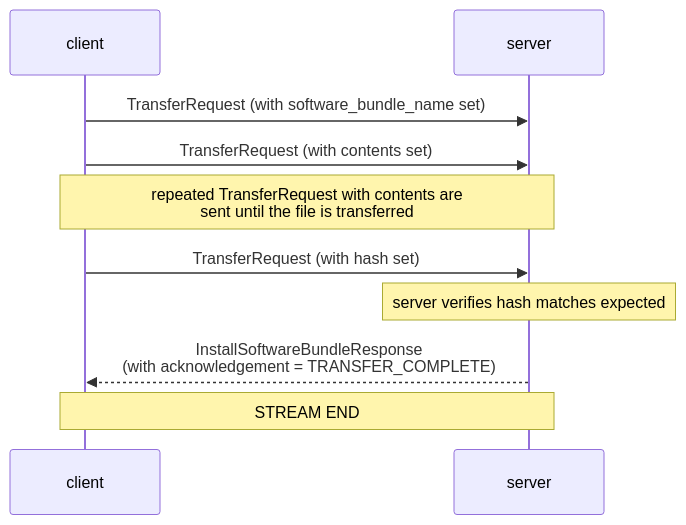
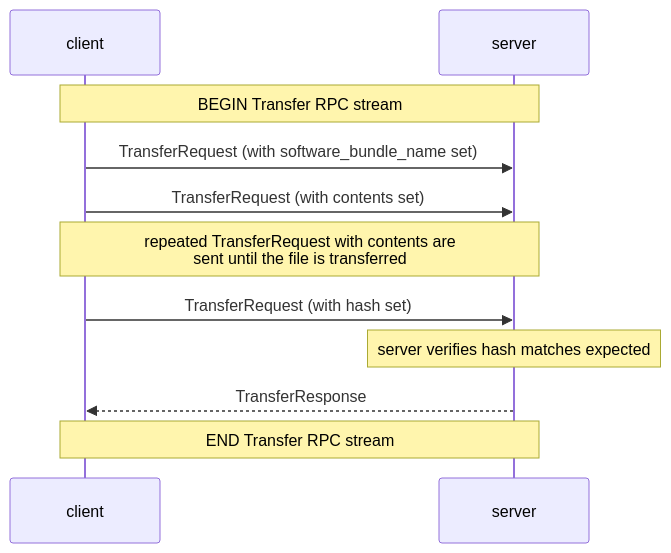
The first of 3 diagrams in software_bundle/README.md (openconfig/gnoi), drawn with Mermaid before and after one commit. The commit also changed other lines of this file and 3 other files, not shown here.

````diff
--- a/software_bundle/README.md
+++ b/software_bundle/README.md
@@ -73,12 +73,13 @@
 ```mermaid
 sequenceDiagram
     participant client
     participant server
+    Note over client,server: BEGIN Transfer RPC stream
     client->>server: TransferRequest (with software_bundle_name set)
     client->>server: TransferRequest (with contents set)
     Note over client,server: repeated TransferRequest with contents are<br/>sent until the file is transferred
     client->>server: TransferRequest (with hash set)
     Note over server: server verifies hash matches expected
-    server-->>client: InstallSoftwareBundleResponse<br/>(with acknowledgement = TRANSFER_COMPLETE)
-    Note over client,server: STREAM END
+    server-->>client: TransferResponse
+    Note over client,server: END Transfer RPC stream
 ```
````
